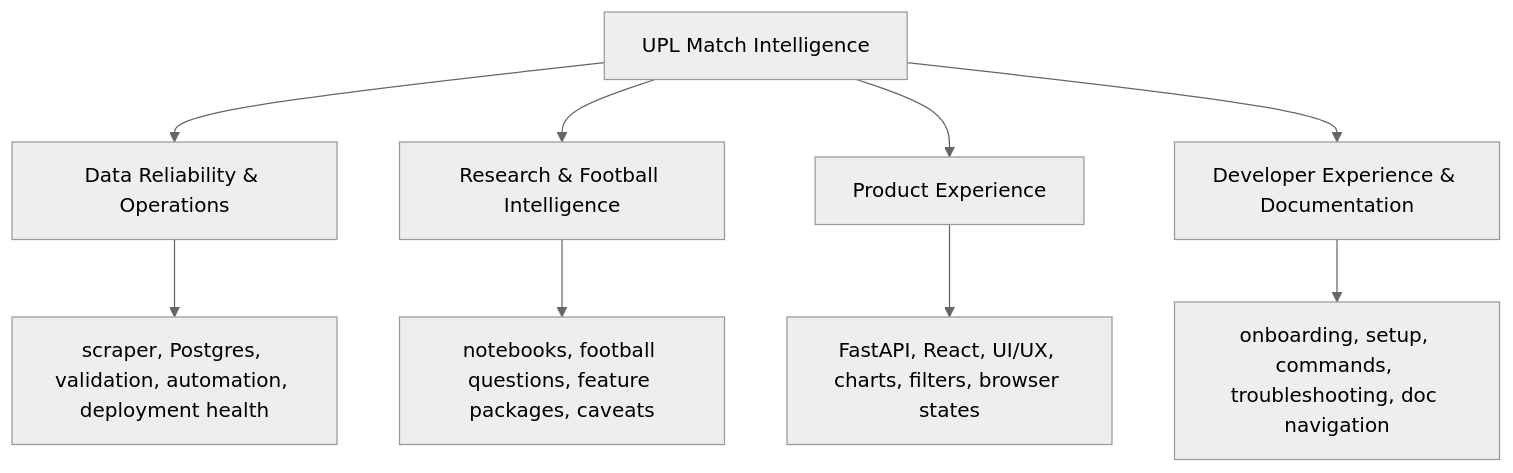
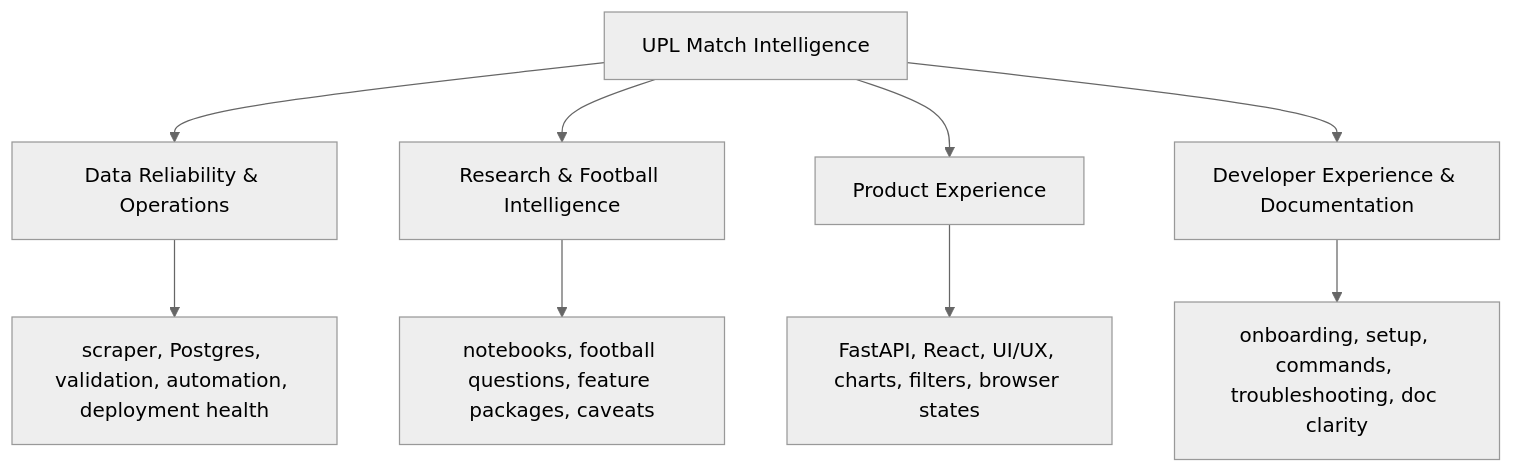
The diagram in docs/START_HERE.md (humphrey-nyanzi/upl-lens), drawn with Mermaid (neutral theme) before and after one commit. The commit also changed other lines of this file and 37 other files, not shown here.

````diff
--- a/docs/START_HERE.md
+++ b/docs/START_HERE.md
@@ -45,12 +39,12 @@
 ```mermaid
 flowchart TD
     A["UPL Match Intelligence"] --> B["Data Reliability & Operations"]
     A --> C["Research & Football Intelligence"]
     A --> D["Product Experience"]
     A --> E["Developer Experience & Documentation"]
 
     B --> B1["scraper, Postgres, validation, automation, deployment health"]
     C --> C1["notebooks, football questions, feature packages, caveats"]
     D --> D1["FastAPI, React, UI/UX, charts, filters, browser states"]
-    E --> E1["onboarding, setup, commands, troubleshooting, doc navigation"]
+    E --> E1["onboarding, setup, commands, troubleshooting, doc clarity"]
 ```
````
